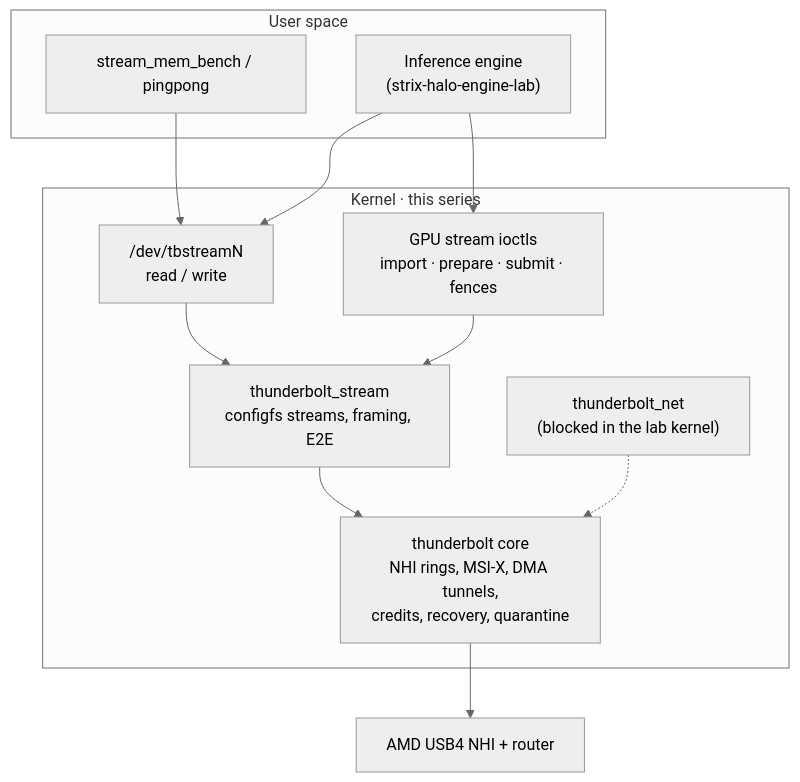
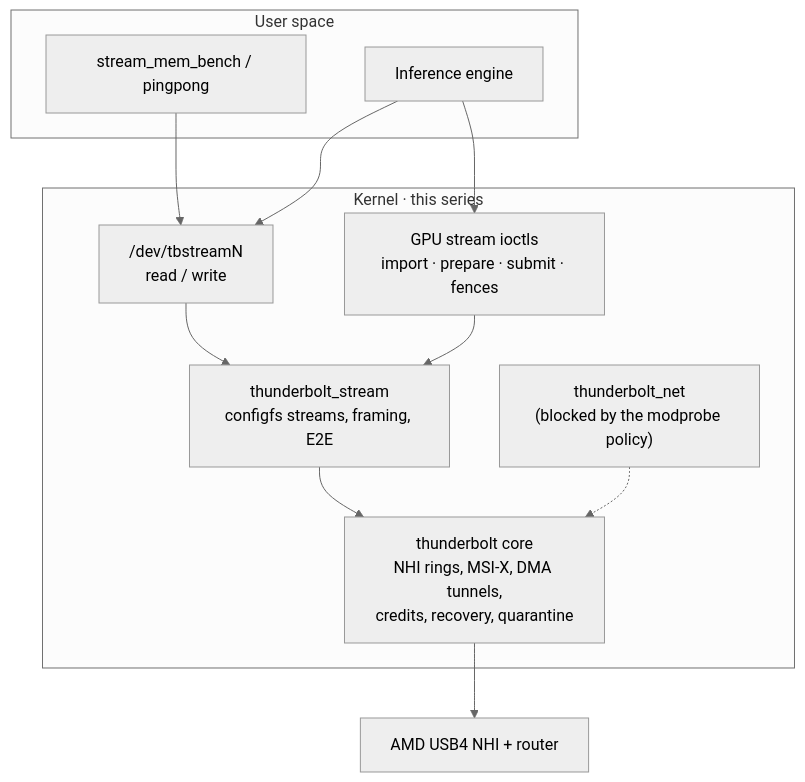
Before and after one commit to hyukudan/strix-halo-usb4-driver: the second of 3 diagrams in README.md, drawn with Mermaid (neutral theme). The commit also changed other lines of this file and 1 other file, not shown here.

````diff
--- a/README.md
+++ b/README.md
@@ -186,23 +110,23 @@
 ```mermaid
 flowchart TB
     subgraph user["User space"]
-        ENG["Inference engine<br/>(strix-halo-engine-lab)"]
+        ENG["Inference engine"]
         BENCH["stream_mem_bench / pingpong"]
     end
     subgraph kernel["Kernel · this series"]
         CDEV["/dev/tbstreamN<br/>read / write"]
         SGU["GPU stream ioctls<br/>import · prepare · submit · fences"]
         STREAM["thunderbolt_stream<br/>configfs streams, framing, E2E"]
         CORE["thunderbolt core<br/>NHI rings, MSI-X, DMA tunnels,<br/>credits, recovery, quarantine"]
-        NET["thunderbolt_net<br/>(blocked in the lab kernel)"]
+        NET["thunderbolt_net<br/>(blocked by the modprobe policy)"]
     end
     HW["AMD USB4 NHI + router"]
     BENCH --> CDEV
     ENG --> CDEV
     ENG --> SGU
     CDEV --> STREAM
     SGU --> STREAM
     STREAM --> CORE
     NET -.-> CORE
     CORE --> HW
 ```
````
